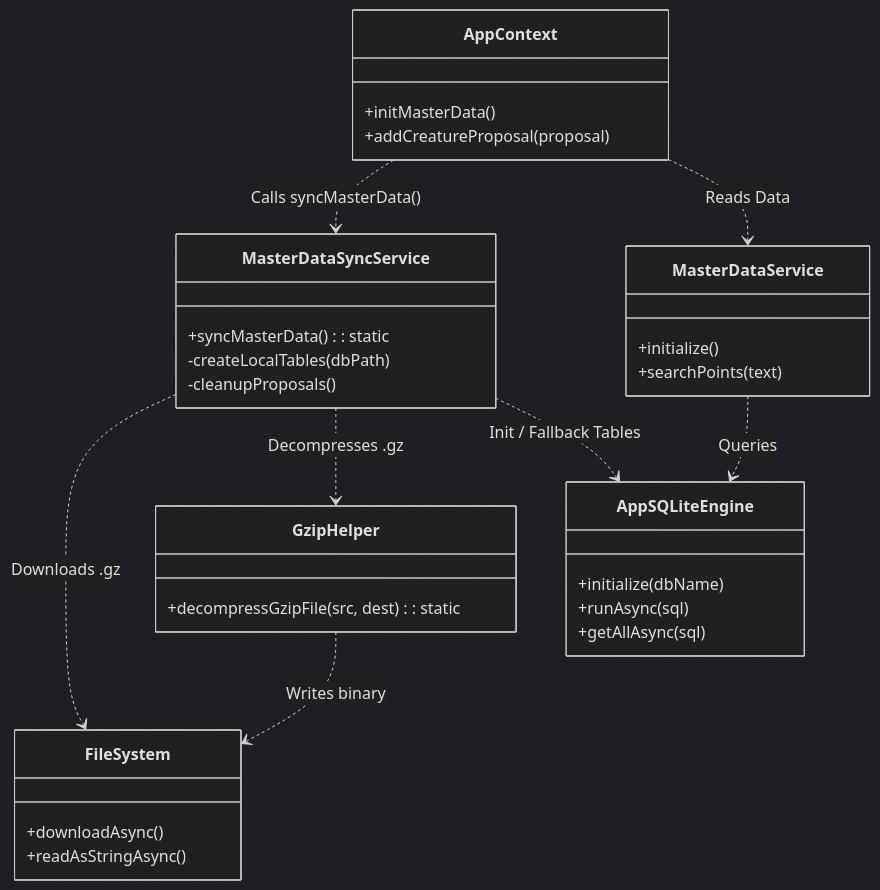
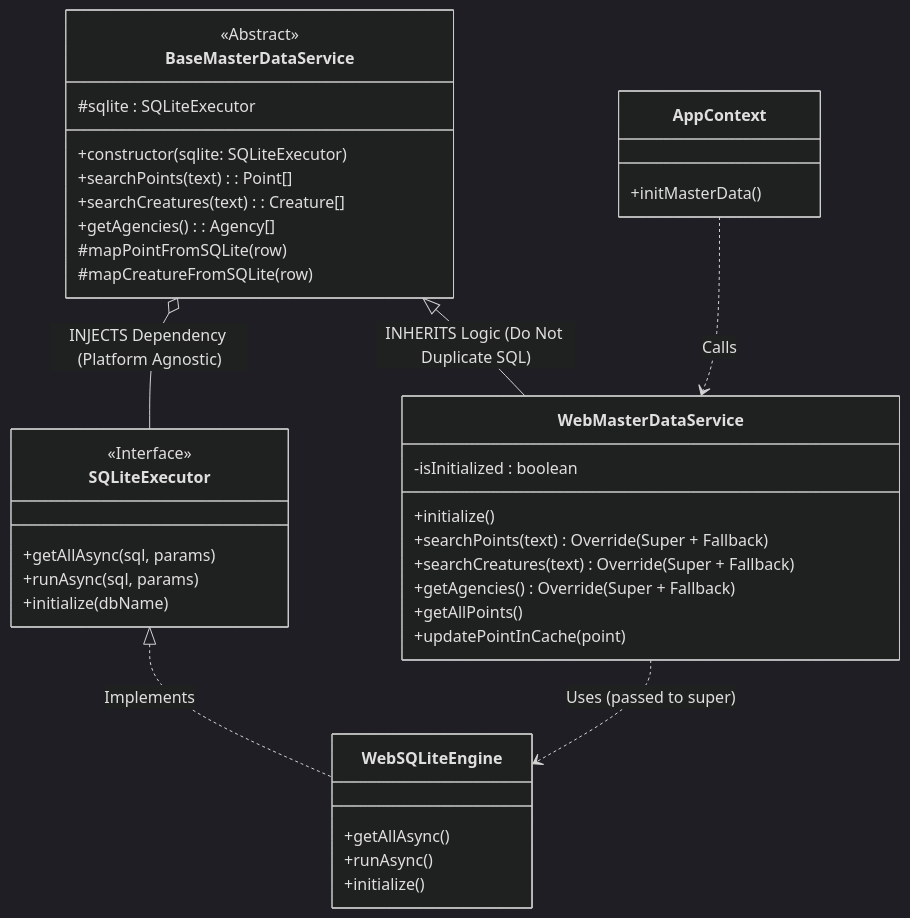
One commit to cloud-solutions-ttakeuchi/wedive changed the fifth of 8 diagrams in DATABASE_DESIGN.md. Above: the diagram before and after it, drawn with Mermaid (dark theme). The commit also changed other lines of this file and 1 other file, not shown here.

````diff
--- a/DATABASE_DESIGN.md
+++ b/DATABASE_DESIGN.md
@@ -711,43 +653,50 @@
 ```mermaid
 classDiagram
+    %% --- Abstractions (Shared Library: wedive-shared) ---
+    class SQLiteExecutor {
+        <<Interface>>
+        +getAllAsync(sql, params)
+        +runAsync(sql, params)
+        +initialize(dbName)
+    }
+
+    class BaseMasterDataService {
+        <<Abstract>>
+        #sqlite : SQLiteExecutor
+        +constructor(sqlite: SQLiteExecutor)
+        +searchPoints(text) : Point[]
+        +searchCreatures(text) : Creature[]
+        +getAgencies() : Agency[]
+        #mapPointFromSQLite(row)
+        #mapCreatureFromSQLite(row)
+    }
+
+    %% --- Implementations (Web/App Local) ---
+    class WebSQLiteEngine {
+        +getAllAsync()
+        +runAsync()
+        +initialize()
+    }
+    
+    class WebMasterDataService {
+        -isInitialized : boolean
+        +initialize()
+        +searchPoints(text) : Override (Super + Fallback)
+        +searchCreatures(text) : Override (Super + Fallback)
+        +getAgencies() : Override (Super + Fallback)
+        +getAllPoints()
+        +updatePointInCache(point)
+    }
+
+    %% --- Dependencies & Inheritance ---
+    SQLiteExecutor <|.. WebSQLiteEngine : Implements
+    BaseMasterDataService <|-- WebMasterDataService : INHERITS Logic (Do Not Duplicate SQL)
+    BaseMasterDataService o-- SQLiteExecutor : INJECTS Dependency (Platform Agnostic)
+    WebMasterDataService ..> WebSQLiteEngine : Uses (passed to super)
+
+    %% --- Consumer ---
     class AppContext {
         +initMasterData()
-        +addCreatureProposal(proposal)
     }
-
-    class MasterDataSyncService {
-        +syncMasterData() : static
-        -createLocalTables(dbPath)
-        -cleanupProposals()
-    }
-
-    class GzipHelper {
-        +decompressGzipFile(src, dest) : static
-    }
-
-    class MasterDataService {
-        +initialize()
-        +searchPoints(text)
-    }
-
-    class AppSQLiteEngine {
-        +initialize(dbName)
-        +runAsync(sql)
-        +getAllAsync(sql)
-    }
-
-    class FileSystem {
-        +downloadAsync()
-        +readAsStringAsync()
-    }
-
-    %% Relationships
-    AppContext ..> MasterDataSyncService : Calls syncMasterData()
-    MasterDataSyncService ..> FileSystem : Downloads .gz
-    MasterDataSyncService ..> GzipHelper : Decompresses .gz
-    GzipHelper ..> FileSystem : Writes binary
-    MasterDataSyncService ..> AppSQLiteEngine : Init / Fallback Tables
-
-    AppContext ..> MasterDataService : Reads Data
-    MasterDataService ..> AppSQLiteEngine : Queries
+    AppContext ..> WebMasterDataService : Calls
 ```
````
